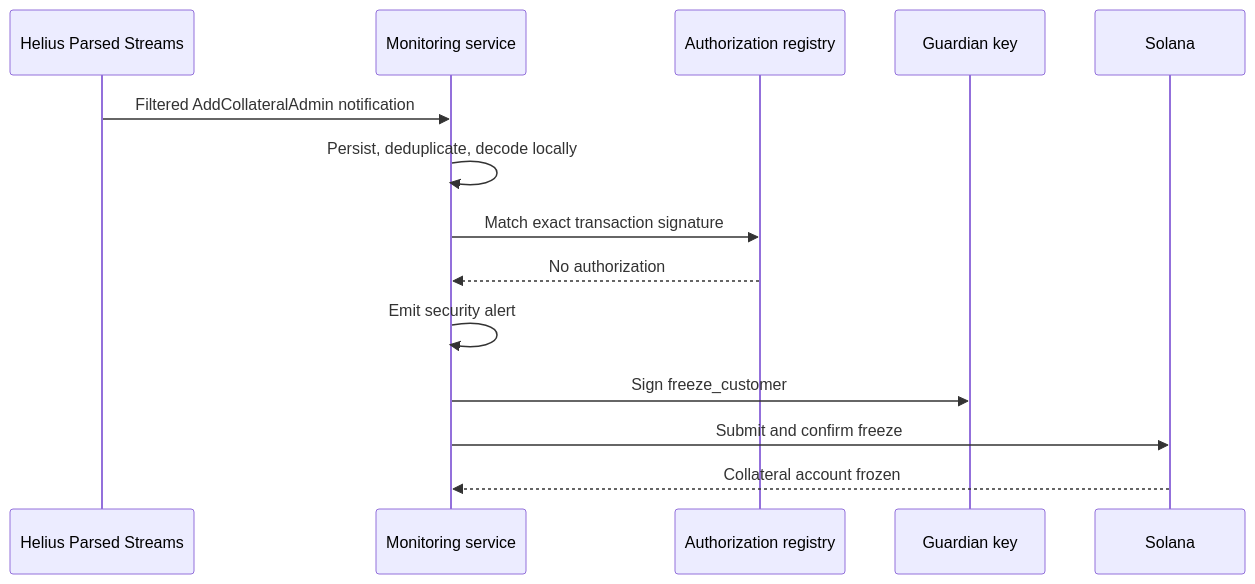
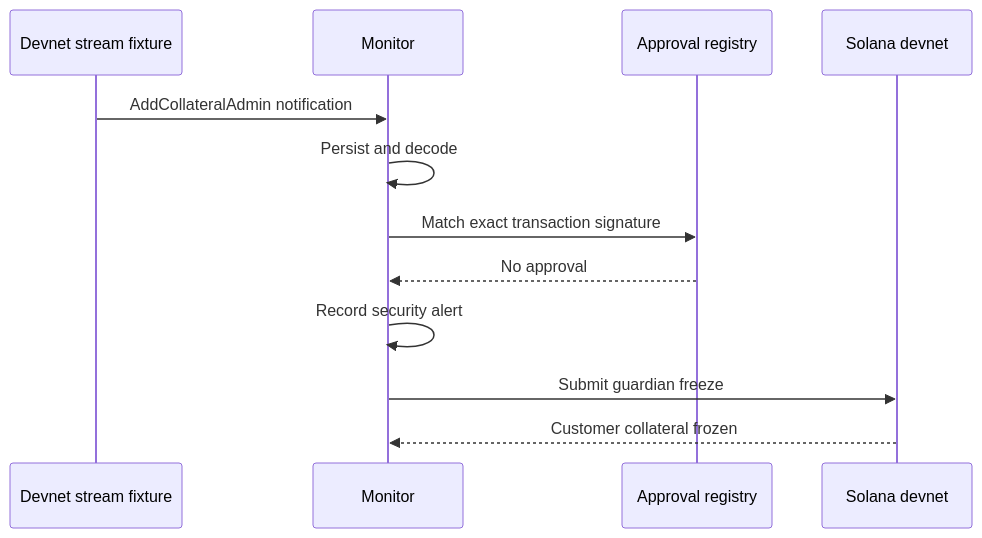
One commit to tamnys/helius-security-monitor-demo changed the diagram in parsed-streams-monitor/README.md. Above: the diagram before and after it, drawn with Mermaid. The commit also changed other lines of this file and 49 other files, not shown here.

````diff
--- a/parsed-streams-monitor/README.md
+++ b/parsed-streams-monitor/README.md
@@ -38,16 +17,14 @@
 ```mermaid
 sequenceDiagram
-    participant H as Helius Parsed Streams
-    participant M as Monitoring service
-    participant R as Authorization registry
-    participant G as Guardian key
-    participant S as Solana
-    H->>M: Filtered AddCollateralAdmin notification
-    M->>M: Persist, deduplicate, decode locally
+    participant F as Devnet stream fixture
+    participant M as Monitor
+    participant R as Approval registry
+    participant S as Solana devnet
+    F->>M: AddCollateralAdmin notification
+    M->>M: Persist and decode
     M->>R: Match exact transaction signature
-    R-->>M: No authorization
-    M->>M: Emit security alert
-    M->>G: Sign freeze_customer
-    M->>S: Submit and confirm freeze
-    S-->>M: Collateral account frozen
+    R-->>M: No approval
+    M->>M: Record security alert
+    M->>S: Submit guardian freeze
+    S-->>M: Customer collateral frozen
 ```
````
